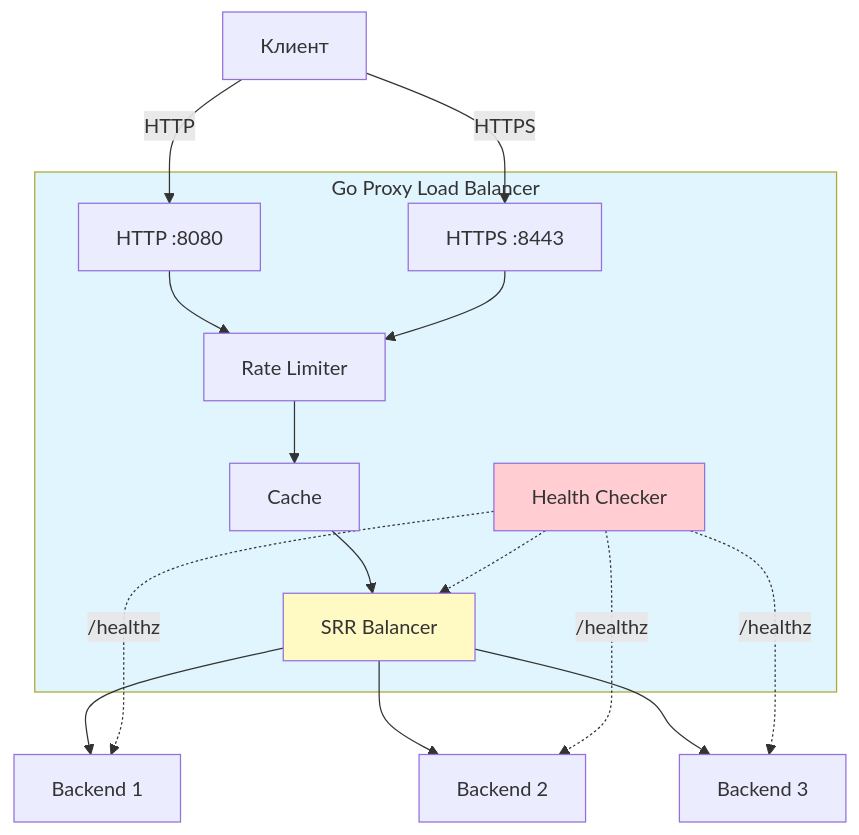
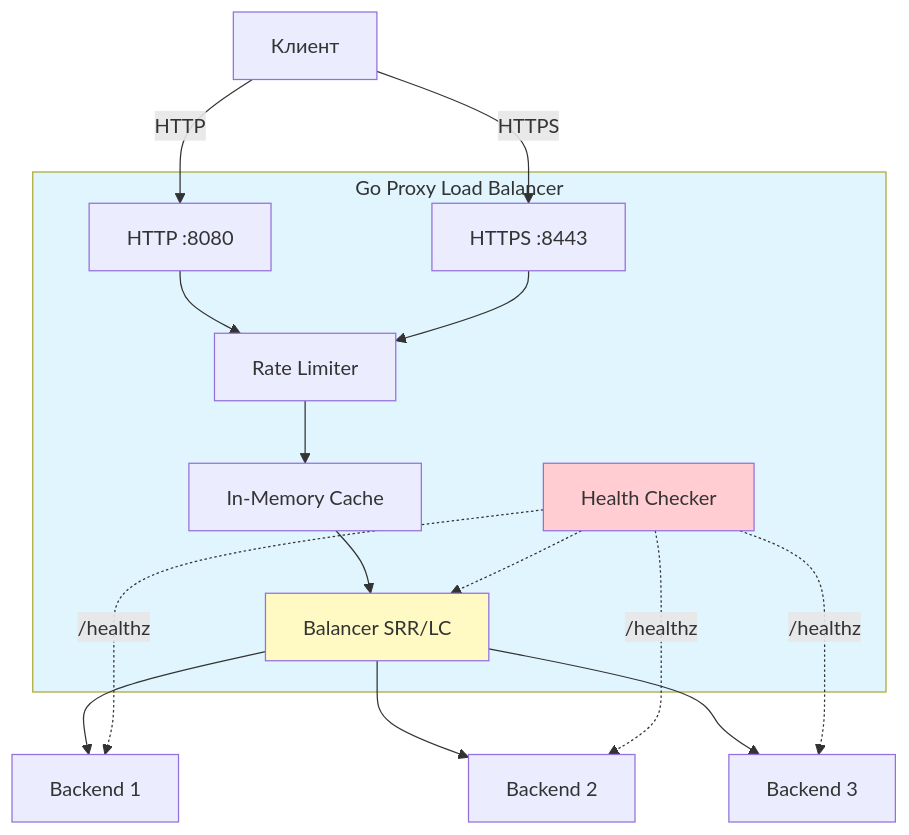
The fifth of 5 diagrams in README.md (qwilton-dev/proxy-kp), drawn with Mermaid before and after one commit. The commit also changed other lines of this file and 1 other file, not shown here.

````diff
--- a/README.md
+++ b/README.md
@@ -141,38 +275,38 @@
 ```mermaid
 graph TB
     Client[Клиент]
 
     subgraph Proxy["Go Proxy Load Balancer"]
         HTTP[HTTP :8080]
         HTTPS[HTTPS :8443]
         RL[Rate Limiter]
-        Cache[Cache]
-        SRR[SRR Balancer]
+        Cache[In-Memory Cache]
+        Balancer[Balancer SRR/LC]
         HC[Health Checker]
 
         HTTP --> RL
         HTTPS --> RL
         RL --> Cache
-        Cache --> SRR
-        HC -.-> SRR
+        Cache --> Balancer
+        HC -.-> Balancer
     end
 
     BE1[Backend 1]
     BE2[Backend 2]
     BE3[Backend 3]
 
     Client -->|HTTP| HTTP
     Client -->|HTTPS| HTTPS
 
-    SRR --> BE1
-    SRR --> BE2
-    SRR --> BE3
+    Balancer --> BE1
+    Balancer --> BE2
+    Balancer --> BE3
 
     HC -.->|/healthz| BE1
     HC -.->|/healthz| BE2
     HC -.->|/healthz| BE3
 
     style Proxy fill:#e1f5fe
-    style SRR fill:#fff9c4
+    style Balancer fill:#fff9c4
     style HC fill:#ffcdd2
 ```
````
